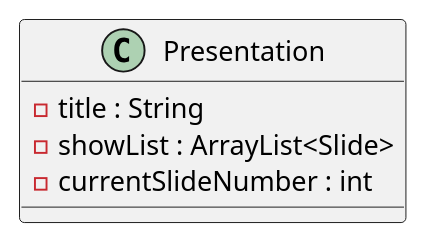
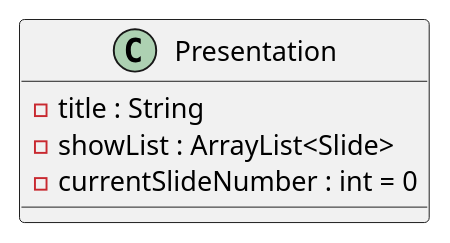
The diagram in classes/Presentation.puml (gabrielrtlima/diagramas-padroes-projeto), drawn with PlantUML before and after one commit. The commit also changed 11 other files, not shown here.

```diff
--- a/classes/Presentation.puml
+++ b/classes/Presentation.puml
@@ -1,11 +1,11 @@
 @startuml presentation
 
 class Presentation {
 
   - title : String
   - showList : ArrayList<Slide>
-  - currentSlideNumber : int
+  - currentSlideNumber : int = 0
 
 }
 
 @enduml
```
